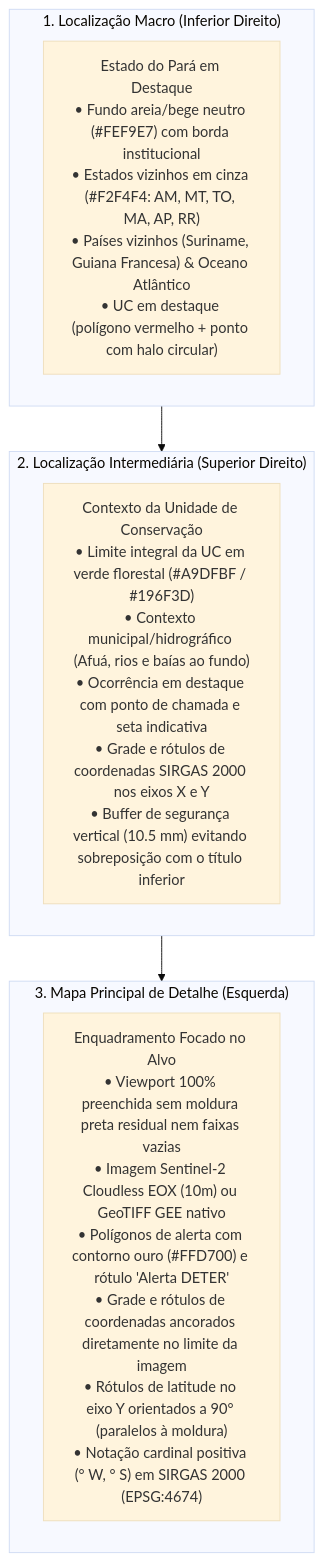
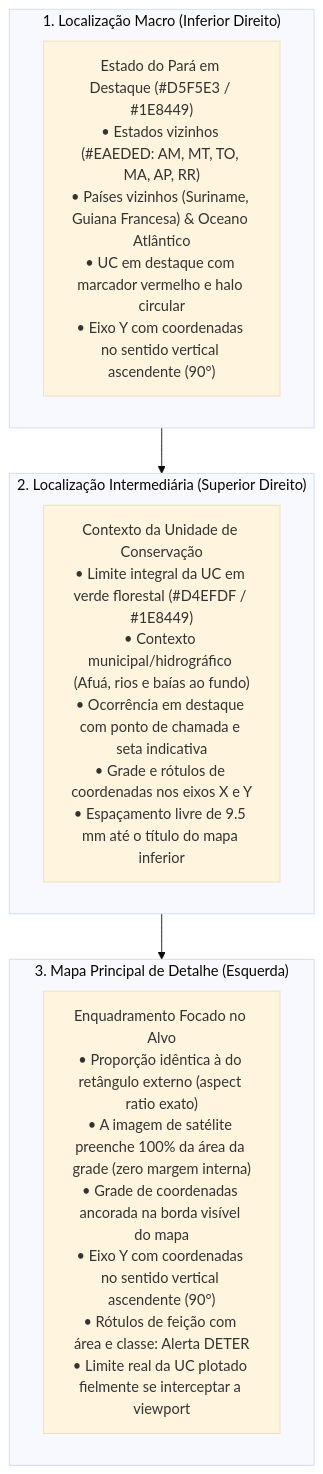
Before and after one commit to NGEO-IDEFLOR-Bio/restaura-pes-charapucu: the diagram in .agents/skills/qgis-layout-engine/SKILL.md, drawn with Mermaid (base theme). The commit also changed other lines of this file and 4 other files, not shown here.

````diff
--- a/.agents/skills/qgis-layout-engine/SKILL.md
+++ b/.agents/skills/qgis-layout-engine/SKILL.md
@@ -24,17 +24,17 @@
 ```mermaid
 flowchart TD
     subgraph MACRO["1. Localização Macro (Inferior Direito)"]
-        M1["Estado do Pará em Destaque<br/>• Fundo areia/bege neutro (#FEF9E7) com borda institucional<br/>• Estados vizinhos em cinza (#F2F4F4: AM, MT, TO, MA, AP, RR)<br/>• Países vizinhos (Suriname, Guiana Francesa) & Oceano Atlântico<br/>• UC em destaque (polígono vermelho + ponto com halo circular)"]
+        M1["Estado do Pará em Destaque (#D5F5E3 / #1E8449)<br/>• Estados vizinhos (#EAEDED: AM, MT, TO, MA, AP, RR)<br/>• Países vizinhos (Suriname, Guiana Francesa) & Oceano Atlântico<br/>• UC em destaque com marcador vermelho e halo circular<br/>• Eixo Y com coordenadas no sentido vertical ascendente (90°)"]
     end
 
     subgraph INTERMEDIARIO["2. Localização Intermediária (Superior Direito)"]
-        I1["Contexto da Unidade de Conservação<br/>• Limite integral da UC em verde florestal (#A9DFBF / #196F3D)<br/>• Contexto municipal/hidrográfico (Afuá, rios e baías ao fundo)<br/>• Ocorrência em destaque com ponto de chamada e seta indicativa<br/>• Grade e rótulos de coordenadas SIRGAS 2000 nos eixos X e Y<br/>• Buffer de segurança vertical (10.5 mm) evitando sobreposição com o título inferior"]
+        I1["Contexto da Unidade de Conservação<br/>• Limite integral da UC em verde florestal (#D4EFDF / #1E8449)<br/>• Contexto municipal/hidrográfico (Afuá, rios e baías ao fundo)<br/>• Ocorrência em destaque com ponto de chamada e seta indicativa<br/>• Grade e rótulos de coordenadas nos eixos X e Y<br/>• Espaçamento livre de 9.5 mm até o título do mapa inferior"]
     end
 
     subgraph DETALHE["3. Mapa Principal de Detalhe (Esquerda)"]
-        D1["Enquadramento Focado no Alvo<br/>• Viewport 100% preenchida sem moldura preta residual nem faixas vazias<br/>• Imagem Sentinel-2 Cloudless EOX (10m) ou GeoTIFF GEE nativo<br/>• Polígonos de alerta com contorno ouro (#FFD700) e rótulo 'Alerta DETER'<br/>• Grade e rótulos de coordenadas ancorados diretamente no limite da imagem<br/>• Rótulos de latitude no eixo Y orientados a 90° (paralelos à moldura)<br/>• Notação cardinal positiva (° W, ° S) em SIRGAS 2000 (EPSG:4674)"]
+        D1["Enquadramento Focado no Alvo<br/>• Proporção idêntica à do retângulo externo (aspect ratio exato)<br/>• A imagem de satélite preenche 100% da área da grade (zero margem interna)<br/>• Grade de coordenadas ancorada na borda visível do mapa<br/>• Eixo Y com coordenadas no sentido vertical ascendente (90°)<br/>• Rótulos de feição com área e classe: Alerta DETER<br/>• Limite real da UC plotado fielmente se interceptar a viewport"]
     end
 
     MACRO --> INTERMEDIARIO
     INTERMEDIARIO --> DETALHE
 ```
````
